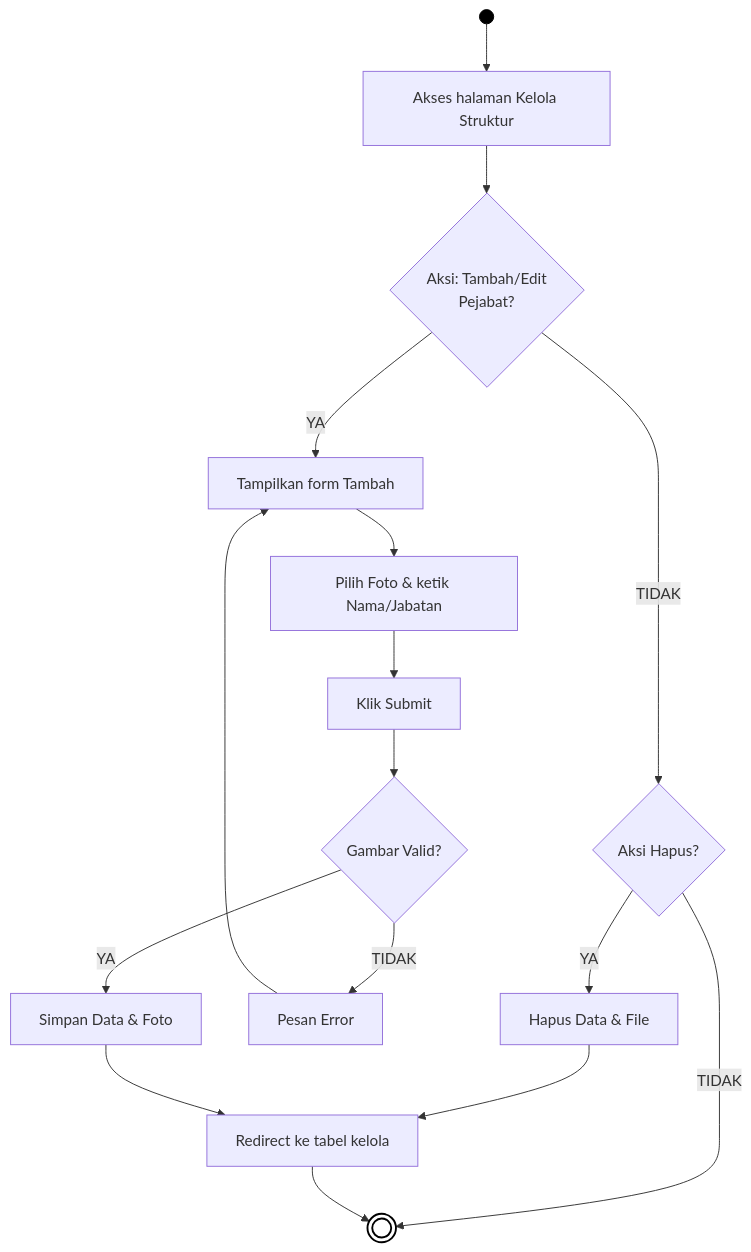
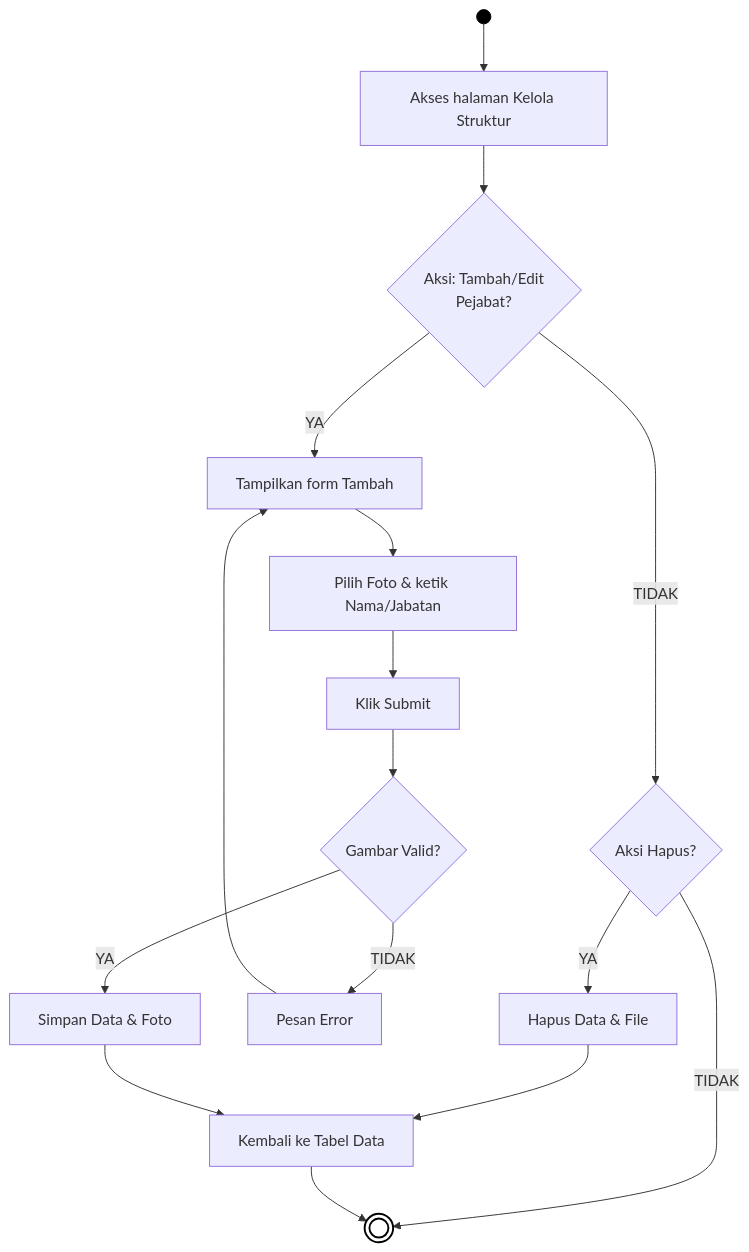
One commit to arbain-dev/Web_fikom changed the third of 5 diagrams in docs/01_DIAGRAM_AKTIVITAS.md. Above: the diagram before and after it, drawn with Mermaid. The commit also changed other lines of this file, not shown here.

Commit message:
docs: mengubah kata teknis Redirect menjadi bahasa sederhana di 01_DIAGRAM_AKTIVITAS

````diff
--- a/docs/01_DIAGRAM_AKTIVITAS.md
+++ b/docs/01_DIAGRAM_AKTIVITAS.md
@@ -82,26 +82,26 @@
 ```mermaid
 flowchart TD
     Start(( )) --> A[Akses halaman Kelola Struktur]
     
     A --> B{Aksi: Tambah/Edit\nPejabat?}
     
     B -- TIDAK --> Hapus{Aksi Hapus?}
     Hapus -- YA --> HC[Hapus Data & File]
     Hapus -- TIDAK --> End((( )))
-    HC --> I[Redirect ke tabel kelola]
+    HC --> I[Kembali ke Tabel Data]
     
     B -- YA --> C[Tampilkan form Tambah]
     C --> D[Pilih Foto & ketik Nama/Jabatan]
     D --> E[Klik Submit]
     E --> F{Gambar Valid?}
     
     F -- TIDAK --> G[Pesan Error]
     G --> C
     
     F -- YA --> H[Simpan Data & Foto]
     H --> I
     I --> End
     
     style Start fill:#000,stroke:#000,color:#000
     style End fill:#fff,stroke:#000,stroke-width:2px
 ```
````
